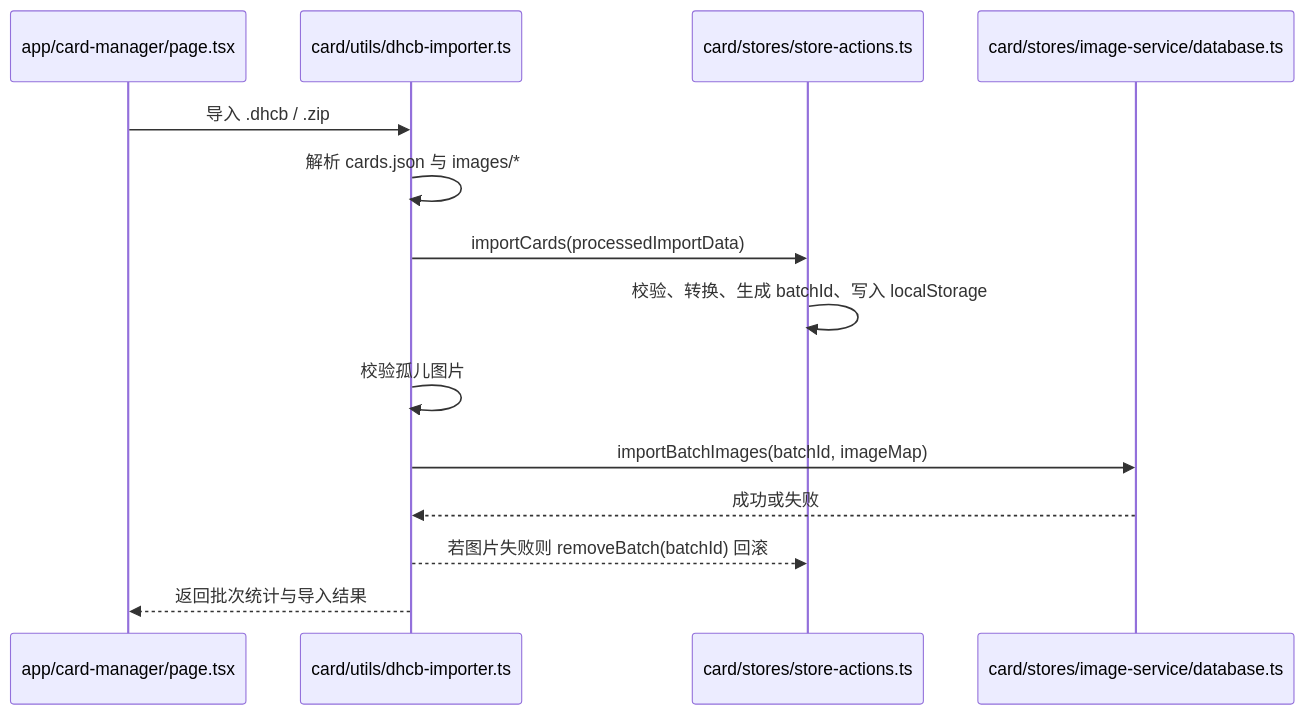
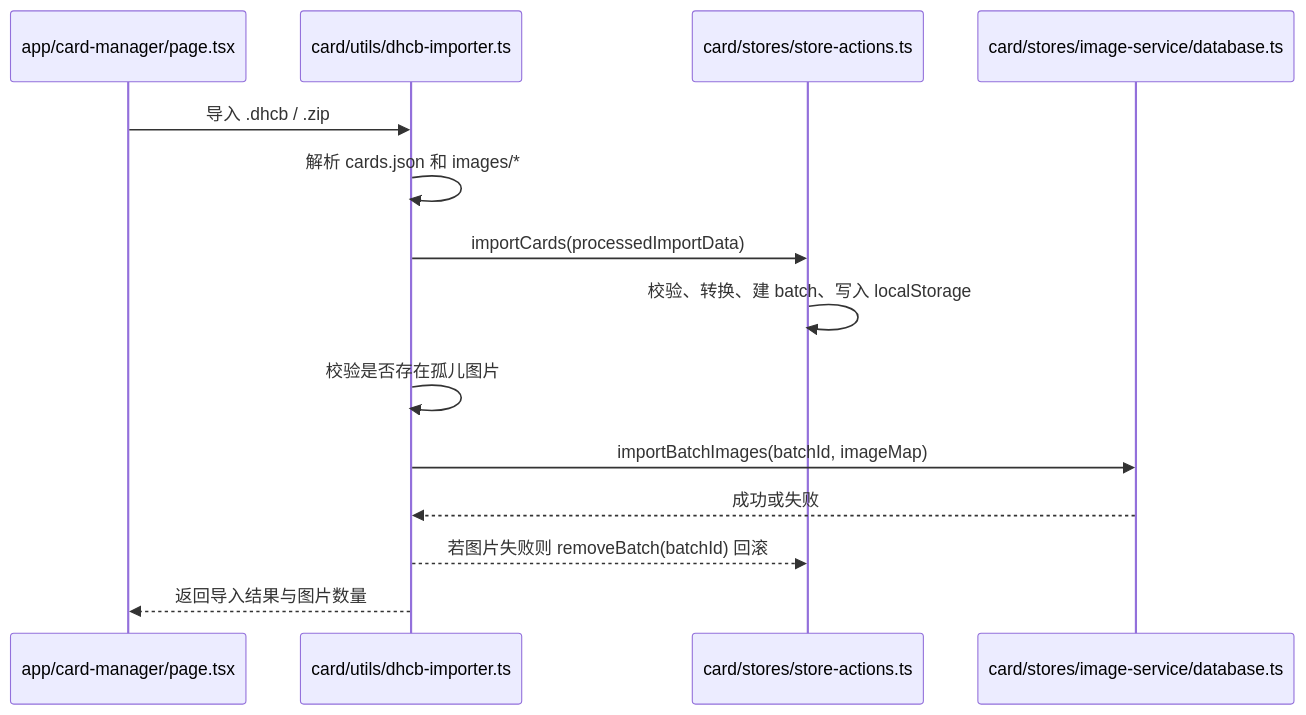
One commit to autumn-moon-py/Edgerunners-CharacterSheet changed the fourth of 5 diagrams in .nexus-map/arch/dependencies.md. Above: the diagram before and after it, drawn with Mermaid. The commit also changed other lines of this file and 90 other files, not shown here.

````diff
--- a/.nexus-map/arch/dependencies.md
+++ b/.nexus-map/arch/dependencies.md
@@ -49,17 +84,17 @@
 ```mermaid
 sequenceDiagram
   participant Manager as app/card-manager/page.tsx
   participant Dhcb as card/utils/dhcb-importer.ts
   participant Store as card/stores/store-actions.ts
   participant ImageDB as card/stores/image-service/database.ts
 
   Manager->>Dhcb: 导入 .dhcb / .zip
-  Dhcb->>Dhcb: 解析 cards.json 与 images/*
+  Dhcb->>Dhcb: 解析 cards.json 和 images/*
   Dhcb->>Store: importCards(processedImportData)
-  Store->>Store: 校验、转换、生成 batchId、写入 localStorage
-  Dhcb->>Dhcb: 校验孤儿图片
+  Store->>Store: 校验、转换、建 batch、写入 localStorage
+  Dhcb->>Dhcb: 校验是否存在孤儿图片
   Dhcb->>ImageDB: importBatchImages(batchId, imageMap)
   ImageDB-->>Dhcb: 成功或失败
   Dhcb-->>Store: 若图片失败则 removeBatch(batchId) 回滚
-  Dhcb-->>Manager: 返回批次统计与导入结果
+  Dhcb-->>Manager: 返回导入结果与图片数量
 ```
````
